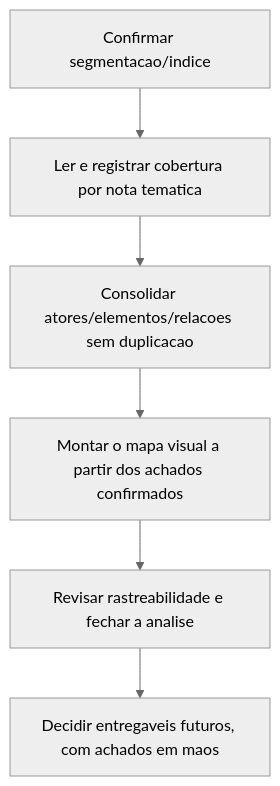
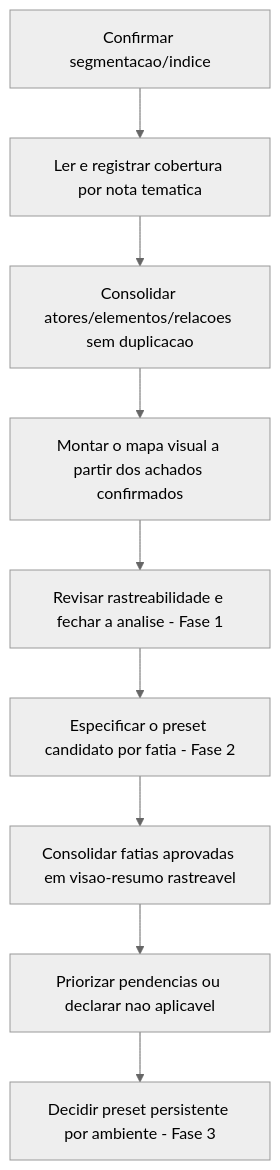
Before and after one commit to RafaCartaxo/brainwork: the diagram in QA Workspace/02 Demandas/DEV/SGV-11262 - [QA-Automação] Termo de Referência SOGOV/Roadmap - Modelo de atores e preset do TR.md, drawn with Mermaid (neutral theme). The commit also changed other lines of this file and 6 other files, not shown here.

````diff
--- a/QA Workspace/02 Demandas/DEV/SGV-11262 - [QA-Automação] Termo de Referência SOGOV/Roadmap - Modelo de atores e preset do TR.md
+++ b/QA Workspace/02 Demandas/DEV/SGV-11262 - [QA-Automação] Termo de Referência SOGOV/Roadmap - Modelo de atores e preset do TR.md
@@ -43,8 +49,11 @@
 ```mermaid
 flowchart TD
     A[Confirmar segmentacao/indice] --> B[Ler e registrar cobertura por nota tematica]
     B --> C[Consolidar atores/elementos/relacoes sem duplicacao]
     C --> D[Montar o mapa visual a partir dos achados confirmados]
-    D --> E[Revisar rastreabilidade e fechar a analise]
-    E --> F[Decidir entregaveis futuros, com achados em maos]
+    D --> E[Revisar rastreabilidade e fechar a analise - Fase 1]
+    E --> F[Especificar o preset candidato por fatia - Fase 2]
+    F --> G[Consolidar fatias aprovadas em visao-resumo rastreavel]
+    G --> H[Priorizar pendencias ou declarar nao aplicavel]
+    H --> I[Decidir preset persistente por ambiente - Fase 3]
 ```
````
